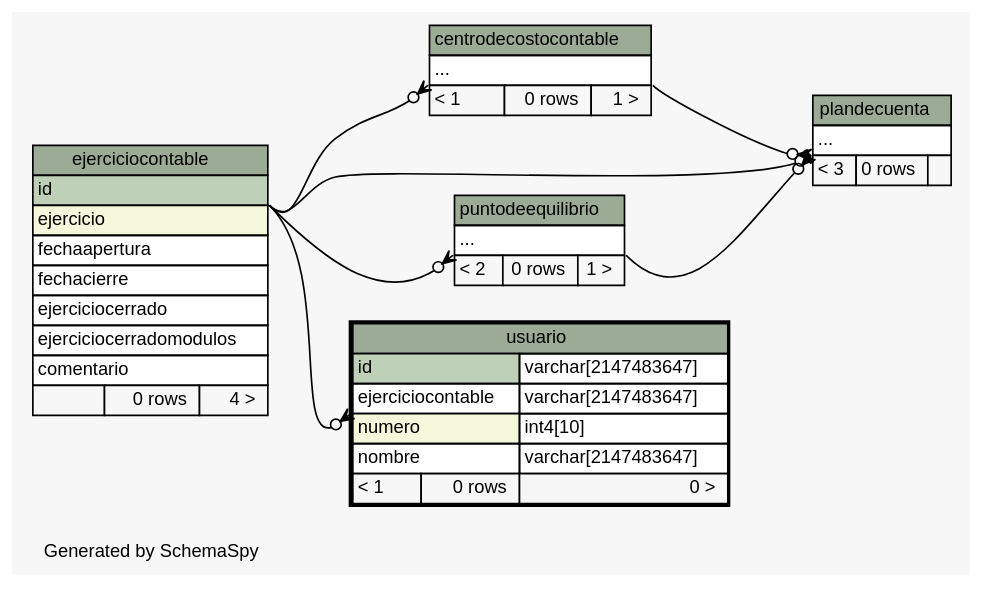
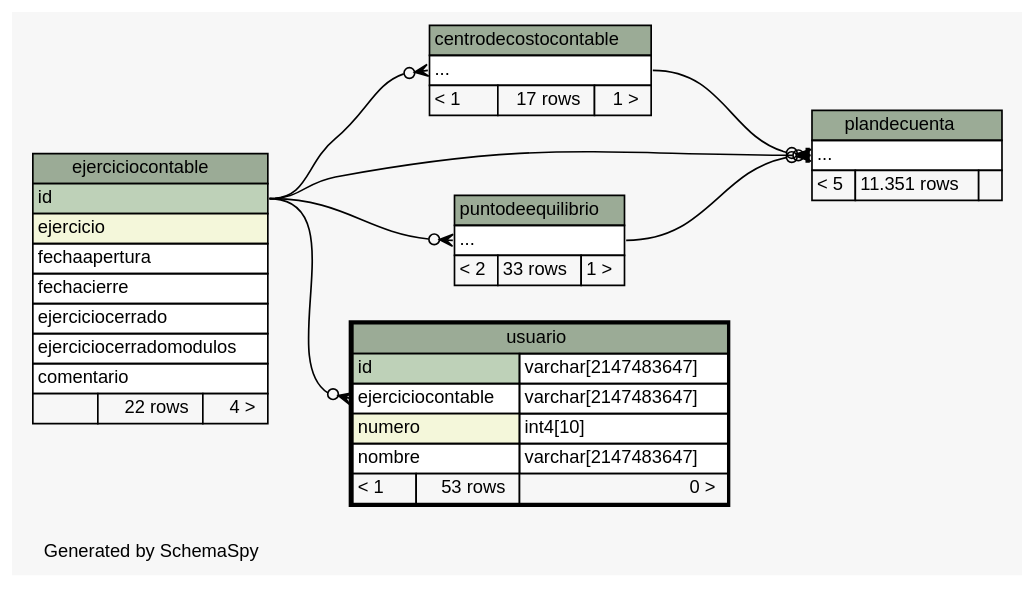
One commit to sebaalvarez/massoftware changed the diagram in sql/postgresql/schemaSpy/salida/diagrams/usuario.2degrees.dot. Above: the diagram before and after it, drawn with Graphviz. The commit also changed 651 other files, not shown here.

```diff
--- a/sql/postgresql/schemaSpy/salida/diagrams/usuario.2degrees.dot
+++ b/sql/postgresql/schemaSpy/salida/diagrams/usuario.2degrees.dot
@@ -1,87 +1,87 @@
-// dot 2.2.1 on Windows 10 10.0
+// dot 2.38.0 on Windows 10 10.0
 // SchemaSpy rev 590
 digraph "twoDegreesRelationshipsDiagram" {
   graph [
     rankdir="RL"
     bgcolor="#f7f7f7"
     label="\nGenerated by SchemaSpy"
     labeljust="l"
     nodesep="0.18"
     ranksep="0.46"
     fontname="Helvetica"
     fontsize="11"
   ];
   node [
     fontname="Helvetica"
     fontsize="11"
     shape="plaintext"
   ];
   edge [
     arrowsize="0.8"
   ];
-  "centrodecostocontable":"elipses":sw -> "ejerciciocontable":"id":se [arrowhead=none dir=back arrowtail=crowodot];
-  "plandecuenta":"elipses":sw -> "centrodecostocontable":"elipses":se [arrowhead=none dir=back arrowtail=crowodot];
-  "plandecuenta":"elipses":sw -> "ejerciciocontable":"id":se [arrowhead=none dir=back arrowtail=teeodot];
-  "plandecuenta":"elipses":sw -> "puntodeequilibrio":"elipses":se [arrowhead=none dir=back arrowtail=crowodot];
-  "puntodeequilibrio":"elipses":sw -> "ejerciciocontable":"id":se [arrowhead=none dir=back arrowtail=crowodot];
-  "usuario":"ejerciciocontable":sw -> "ejerciciocontable":"id":se [arrowhead=none dir=back arrowtail=crowodot];
+  "centrodecostocontable":"elipses":w -> "ejerciciocontable":"id":e [arrowhead=none dir=back arrowtail=crowodot];
+  "plandecuenta":"elipses":w -> "centrodecostocontable":"elipses":e [arrowhead=none dir=back arrowtail=crowodot];
+  "plandecuenta":"elipses":w -> "ejerciciocontable":"id":e [arrowhead=none dir=back arrowtail=teeodot];
+  "plandecuenta":"elipses":w -> "puntodeequilibrio":"elipses":e [arrowhead=none dir=back arrowtail=crowodot];
+  "puntodeequilibrio":"elipses":w -> "ejerciciocontable":"id":e [arrowhead=none dir=back arrowtail=crowodot];
+  "usuario":"ejerciciocontable":w -> "ejerciciocontable":"id":e [arrowhead=none dir=back arrowtail=crowodot];
   "centrodecostocontable" [
     label=<
     <TABLE BORDER="0" CELLBORDER="1" CELLSPACING="0" BGCOLOR="#ffffff">
       <TR><TD COLSPAN="3" BGCOLOR="#9bab96" ALIGN="CENTER">centrodecostocontable</TD></TR>
       <TR><TD PORT="elipses" COLSPAN="3" ALIGN="LEFT">...</TD></TR>
-      <TR><TD ALIGN="LEFT" BGCOLOR="#f7f7f7">&lt; 1</TD><TD ALIGN="RIGHT" BGCOLOR="#f7f7f7">0 rows</TD><TD ALIGN="RIGHT" BGCOLOR="#f7f7f7">1 &gt;</TD></TR>
+      <TR><TD ALIGN="LEFT" BGCOLOR="#f7f7f7">&lt; 1</TD><TD ALIGN="RIGHT" BGCOLOR="#f7f7f7">17 rows</TD><TD ALIGN="RIGHT" BGCOLOR="#f7f7f7">1 &gt;</TD></TR>
     </TABLE>>
     URL="centrodecostocontable.html"
     tooltip="centrodecostocontable"
   ];
   "ejerciciocontable" [
     label=<
     <TABLE BORDER="0" CELLBORDER="1" CELLSPACING="0" BGCOLOR="#ffffff">
       <TR><TD COLSPAN="3" BGCOLOR="#9bab96" ALIGN="CENTER">ejerciciocontable</TD></TR>
       <TR><TD PORT="id" COLSPAN="3" BGCOLOR="#bed1b8" ALIGN="LEFT">id</TD></TR>
       <TR><TD PORT="ejercicio" COLSPAN="3" BGCOLOR="#f4f7da" ALIGN="LEFT">ejercicio</TD></TR>
       <TR><TD PORT="fechaapertura" COLSPAN="3" ALIGN="LEFT">fechaapertura</TD></TR>
       <TR><TD PORT="fechacierre" COLSPAN="3" ALIGN="LEFT">fechacierre</TD></TR>
       <TR><TD PORT="ejerciciocerrado" COLSPAN="3" ALIGN="LEFT">ejerciciocerrado</TD></TR>
       <TR><TD PORT="ejerciciocerradomodulos" COLSPAN="3" ALIGN="LEFT">ejerciciocerradomodulos</TD></TR>
       <TR><TD PORT="comentario" COLSPAN="3" ALIGN="LEFT">comentario</TD></TR>
-      <TR><TD ALIGN="LEFT" BGCOLOR="#f7f7f7">  </TD><TD ALIGN="RIGHT" BGCOLOR="#f7f7f7">0 rows</TD><TD ALIGN="RIGHT" BGCOLOR="#f7f7f7">4 &gt;</TD></TR>
+      <TR><TD ALIGN="LEFT" BGCOLOR="#f7f7f7">  </TD><TD ALIGN="RIGHT" BGCOLOR="#f7f7f7">22 rows</TD><TD ALIGN="RIGHT" BGCOLOR="#f7f7f7">4 &gt;</TD></TR>
     </TABLE>>
     URL="ejerciciocontable.html"
     tooltip="ejerciciocontable"
   ];
   "plandecuenta" [
     label=<
     <TABLE BORDER="0" CELLBORDER="1" CELLSPACING="0" BGCOLOR="#ffffff">
       <TR><TD COLSPAN="3" BGCOLOR="#9bab96" ALIGN="CENTER">plandecuenta</TD></TR>
       <TR><TD PORT="elipses" COLSPAN="3" ALIGN="LEFT">...</TD></TR>
-      <TR><TD ALIGN="LEFT" BGCOLOR="#f7f7f7">&lt; 3</TD><TD ALIGN="RIGHT" BGCOLOR="#f7f7f7">0 rows</TD><TD ALIGN="RIGHT" BGCOLOR="#f7f7f7">  </TD></TR>
+      <TR><TD ALIGN="LEFT" BGCOLOR="#f7f7f7">&lt; 5</TD><TD ALIGN="RIGHT" BGCOLOR="#f7f7f7">11.351 rows</TD><TD ALIGN="RIGHT" BGCOLOR="#f7f7f7">  </TD></TR>
     </TABLE>>
     URL="plandecuenta.html"
     tooltip="plandecuenta"
   ];
   "puntodeequilibrio" [
     label=<
     <TABLE BORDER="0" CELLBORDER="1" CELLSPACING="0" BGCOLOR="#ffffff">
       <TR><TD COLSPAN="3" BGCOLOR="#9bab96" ALIGN="CENTER">puntodeequilibrio</TD></TR>
       <TR><TD PORT="elipses" COLSPAN="3" ALIGN="LEFT">...</TD></TR>
-      <TR><TD ALIGN="LEFT" BGCOLOR="#f7f7f7">&lt; 2</TD><TD ALIGN="RIGHT" BGCOLOR="#f7f7f7">0 rows</TD><TD ALIGN="RIGHT" BGCOLOR="#f7f7f7">1 &gt;</TD></TR>
+      <TR><TD ALIGN="LEFT" BGCOLOR="#f7f7f7">&lt; 2</TD><TD ALIGN="RIGHT" BGCOLOR="#f7f7f7">33 rows</TD><TD ALIGN="RIGHT" BGCOLOR="#f7f7f7">1 &gt;</TD></TR>
     </TABLE>>
     URL="puntodeequilibrio.html"
     tooltip="puntodeequilibrio"
   ];
   "usuario" [
     label=<
     <TABLE BORDER="2" CELLBORDER="1" CELLSPACING="0" BGCOLOR="#ffffff">
       <TR><TD COLSPAN="3" BGCOLOR="#9bab96" ALIGN="CENTER">usuario</TD></TR>
       <TR><TD PORT="id" COLSPAN="2" BGCOLOR="#bed1b8" ALIGN="LEFT">id</TD><TD PORT="id.type" ALIGN="LEFT">varchar[2147483647]</TD></TR>
       <TR><TD PORT="ejerciciocontable" COLSPAN="2" ALIGN="LEFT">ejerciciocontable</TD><TD PORT="ejerciciocontable.type" ALIGN="LEFT">varchar[2147483647]</TD></TR>
       <TR><TD PORT="numero" COLSPAN="2" BGCOLOR="#f4f7da" ALIGN="LEFT">numero</TD><TD PORT="numero.type" ALIGN="LEFT">int4[10]</TD></TR>
       <TR><TD PORT="nombre" COLSPAN="2" ALIGN="LEFT">nombre</TD><TD PORT="nombre.type" ALIGN="LEFT">varchar[2147483647]</TD></TR>
-      <TR><TD ALIGN="LEFT" BGCOLOR="#f7f7f7">&lt; 1</TD><TD ALIGN="RIGHT" BGCOLOR="#f7f7f7">0 rows</TD><TD ALIGN="RIGHT" BGCOLOR="#f7f7f7">0 &gt;</TD></TR>
+      <TR><TD ALIGN="LEFT" BGCOLOR="#f7f7f7">&lt; 1</TD><TD ALIGN="RIGHT" BGCOLOR="#f7f7f7">53 rows</TD><TD ALIGN="RIGHT" BGCOLOR="#f7f7f7">0 &gt;</TD></TR>
     </TABLE>>
     URL="usuario.html"
     tooltip="usuario"
   ];
 }
```
